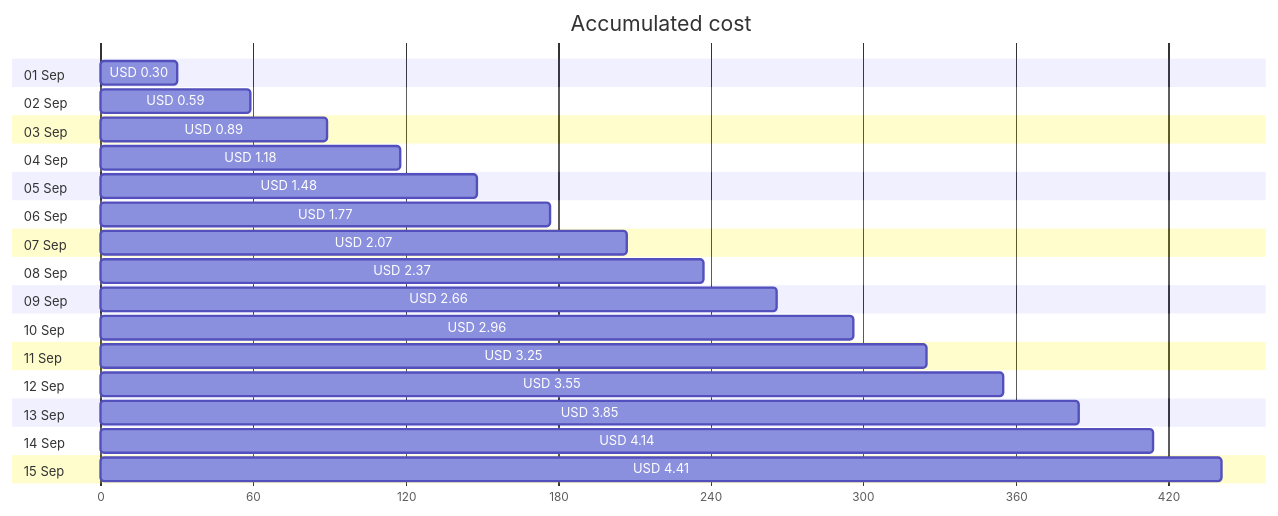
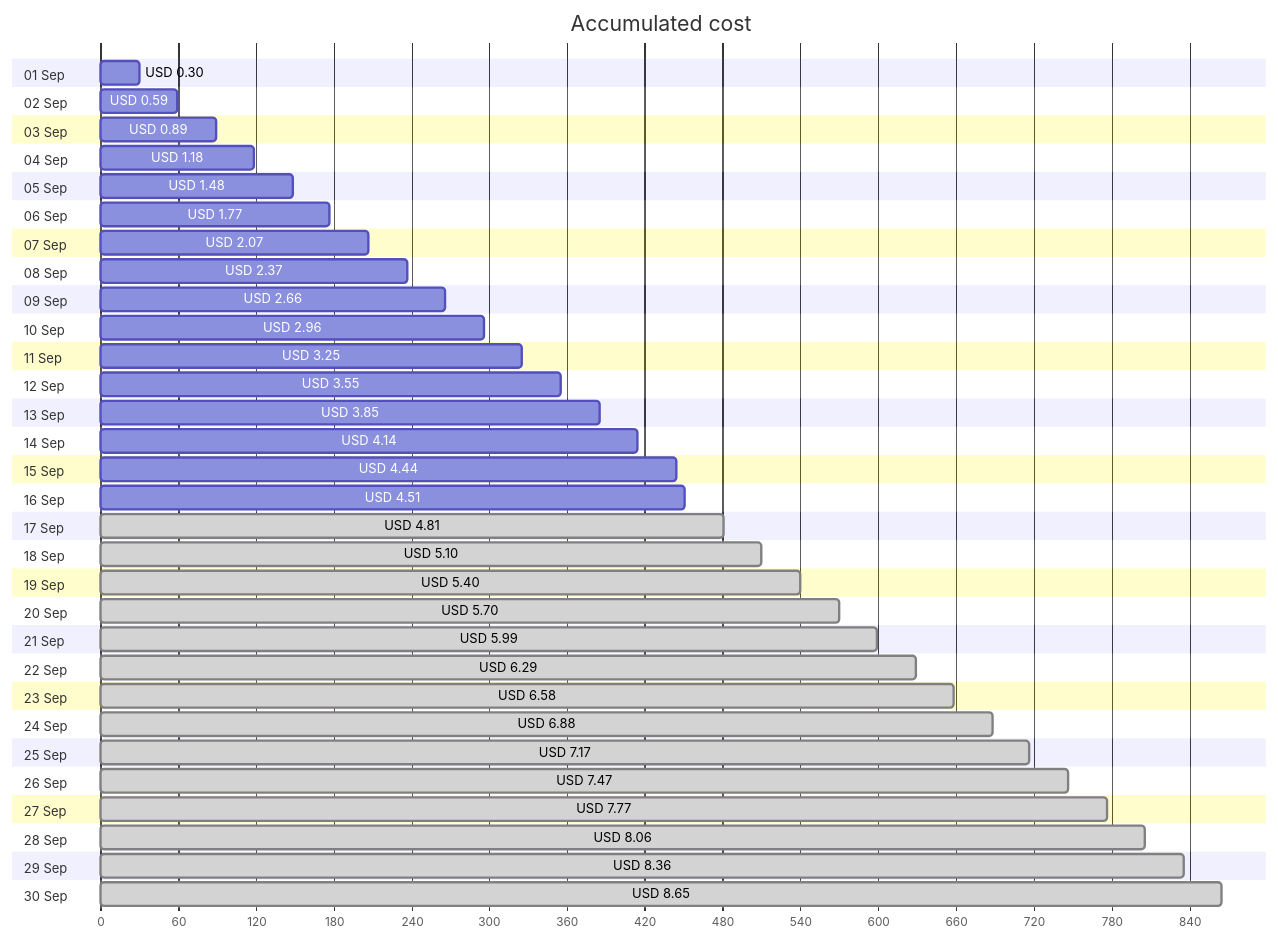
The first of 4 diagrams in cost-reports/personal-site/personal-site.md (jpfulton/azure-personal-reports), drawn with Mermaid before and after one commit. The commit also changed other lines of this file and 6 other files, not shown here.

````diff
--- a/cost-reports/personal-site/personal-site.md
+++ b/cost-reports/personal-site/personal-site.md
@@ -20,36 +20,66 @@
 ```mermaid
 gantt
    title Accumulated cost
    dateFormat  X
    axisFormat %s
    section 01 Sep
    USD 0.30 :0, 30
    section 02 Sep
    USD 0.59 :0, 59
    section 03 Sep
    USD 0.89 :0, 89
    section 04 Sep
    USD 1.18 :0, 118
    section 05 Sep
    USD 1.48 :0, 148
    section 06 Sep
    USD 1.77 :0, 177
    section 07 Sep
    USD 2.07 :0, 207
    section 08 Sep
    USD 2.37 :0, 237
    section 09 Sep
    USD 2.66 :0, 266
    section 10 Sep
    USD 2.96 :0, 296
    section 11 Sep
    USD 3.25 :0, 325
    section 12 Sep
    USD 3.55 :0, 355
    section 13 Sep
    USD 3.85 :0, 385
    section 14 Sep
    USD 4.14 :0, 414
    section 15 Sep
-   USD 4.41 :0, 441
+   USD 4.44 :0, 444
+   section 16 Sep
+   USD 4.51 :0, 451
+   section 17 Sep
+   USD 4.81 : done, 0, 481
+   section 18 Sep
+   USD 5.10 : done, 0, 510
+   section 19 Sep
+   USD 5.40 : done, 0, 540
+   section 20 Sep
+   USD 5.70 : done, 0, 570
+   section 21 Sep
+   USD 5.99 : done, 0, 599
+   section 22 Sep
+   USD 6.29 : done, 0, 629
+   section 23 Sep
+   USD 6.58 : done, 0, 658
+   section 24 Sep
+   USD 6.88 : done, 0, 688
+   section 25 Sep
+   USD 7.17 : done, 0, 717
+   section 26 Sep
+   USD 7.47 : done, 0, 747
+   section 27 Sep
+   USD 7.77 : done, 0, 777
+   section 28 Sep
+   USD 8.06 : done, 0, 806
+   section 29 Sep
+   USD 8.36 : done, 0, 836
+   section 30 Sep
+   USD 8.65 : done, 0, 865
 ```
````
